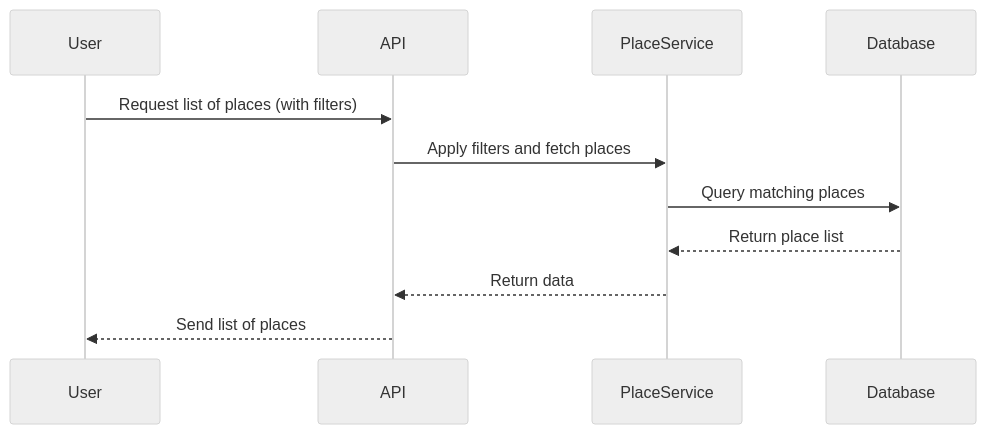
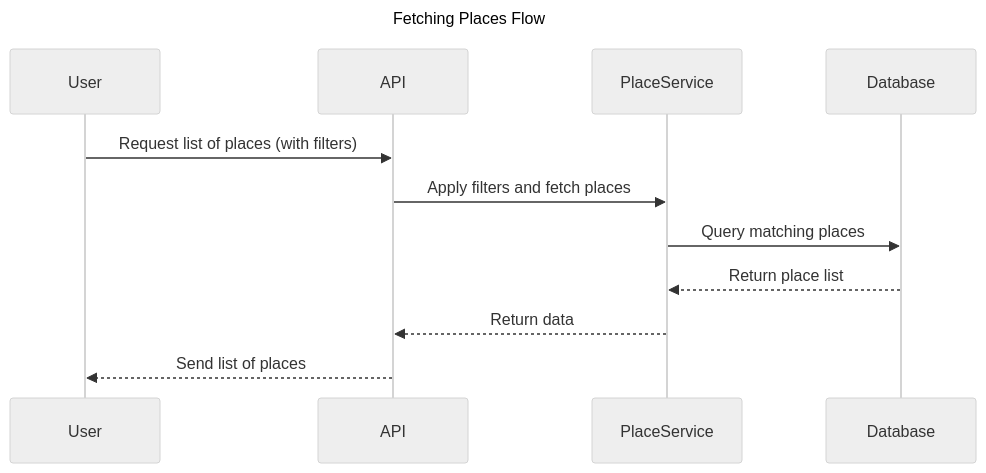
Before and after one commit to Roullito/holbertonschool-hbnb: the sixth of 6 diagrams in part1/3_Documentation_Compilation.md, drawn with Mermaid (neutral theme). The commit also changed other lines of this file, not shown here.

Commit message:
fix: Sequence Diagrams – API Interaction Flow

````diff
--- a/part1/3_Documentation_Compilation.md
+++ b/part1/3_Documentation_Compilation.md
@@ -194,14 +201,17 @@
 ```mermaid
 sequenceDiagram
+title Fetching Places Flow
+
 participant User
 participant API
 participant PlaceService
 participant Database
 
 User ->> API: Request list of places (with filters)
 API ->> PlaceService: Apply filters and fetch places
 PlaceService ->> Database: Query matching places
 Database -->> PlaceService: Return place list
 PlaceService -->> API: Return data
 API -->> User: Send list of places
+
 ```
````
